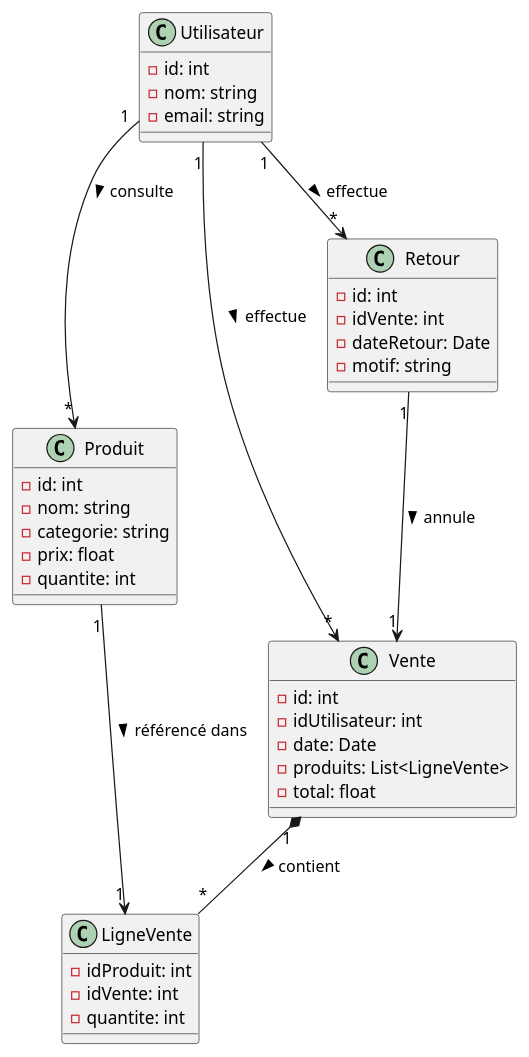
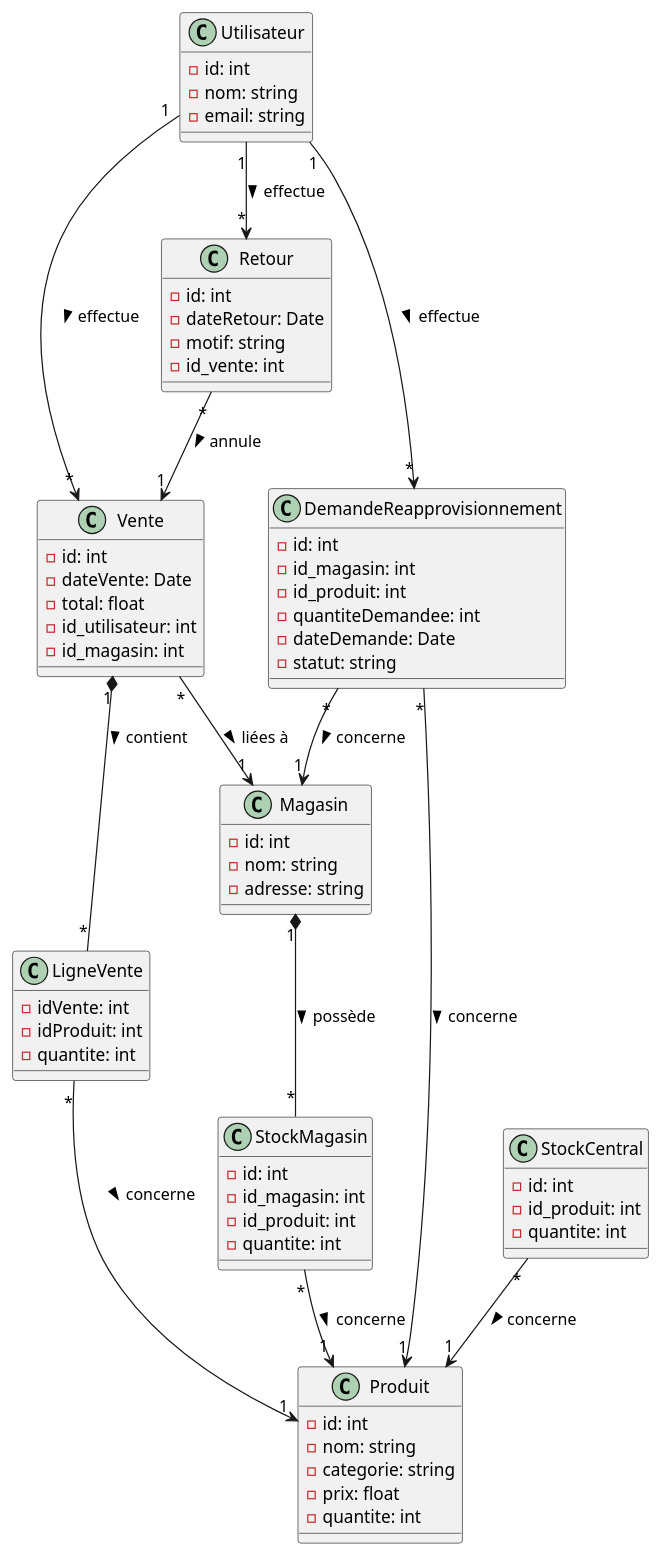
The diagram in docs/UML/diagrammeClasses.puml (Anass1707/LOG430-labos), drawn with PlantUML before and after one commit. The commit also changed 8 other files, not shown here.

Commit message:
maj de la doc (diagramme de composants, deploiement et de classe)

```diff
--- a/docs/UML/diagrammeClasses.puml
+++ b/docs/UML/diagrammeClasses.puml
@@ -1,43 +1,78 @@
 @startuml DiagrammeClasses
 
 class Utilisateur {
   - id: int
   - nom: string
   - email: string
 }
+
 class Produit {
   - id: int
   - nom: string
   - categorie: string
   - prix: float
   - quantite: int
 }
 
-class LigneVente {
-  - idProduit: int
-  - idVente: int
-  - quantite: int
+class Magasin {
+  - id: int
+  - nom: string
+  - adresse: string
 }
 
 class Vente {
   - id: int
-  - idUtilisateur: int
-  - date: Date
-  - produits: List<LigneVente>
+  - dateVente: Date
   - total: float
+  - id_utilisateur: int
+  - id_magasin: int
+}
+
+class LigneVente {
+  - idVente: int
+  - idProduit: int
+  - quantite: int
 }
 
 class Retour {
   - id: int
-  - idVente: int
   - dateRetour: Date
   - motif: string
+  - id_vente: int
 }
 
-Produit "1" --> "1" LigneVente : référencé dans >
-Vente "1" *-- "*" LigneVente : contient >
-Retour "1" --> "1" Vente : annule >
+class StockMagasin {
+  - id: int
+  - id_magasin: int
+  - id_produit: int
+  - quantite: int
+}
+
+class StockCentral {
+  - id: int
+  - id_produit: int
+  - quantite: int
+}
+
+class DemandeReapprovisionnement {
+  - id: int
+  - id_magasin: int
+  - id_produit: int
+  - quantiteDemandee: int
+  - dateDemande: Date
+  - statut: string
+}
+
 Utilisateur "1" --> "*" Vente : effectue >
 Utilisateur "1" --> "*" Retour : effectue >
-Utilisateur "1" --> "*" Produit : consulte >
+Utilisateur "1" --> "*" DemandeReapprovisionnement : effectue >
+Vente "1" *-- "*" LigneVente : contient >
+LigneVente "*" --> "1" Produit : concerne >
+Vente "*" --> "1" Magasin : liées à >
+Retour "*" --> "1" Vente : annule >
+Magasin "1" *-- "*" StockMagasin : possède >
+StockMagasin "*" --> "1" Produit : concerne >
+StockCentral "*" --> "1" Produit : concerne >
+DemandeReapprovisionnement "*" --> "1" Magasin : concerne >
+DemandeReapprovisionnement "*" --> "1" Produit : concerne >
 @enduml
```
